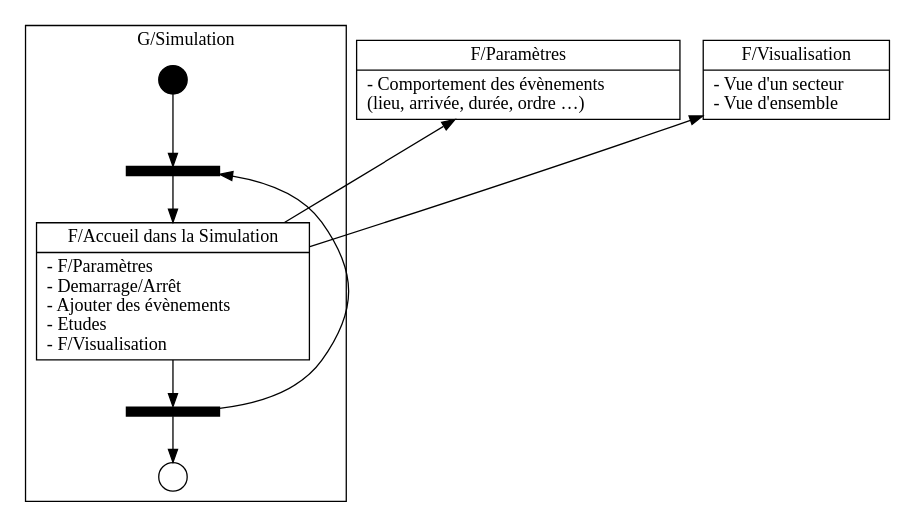
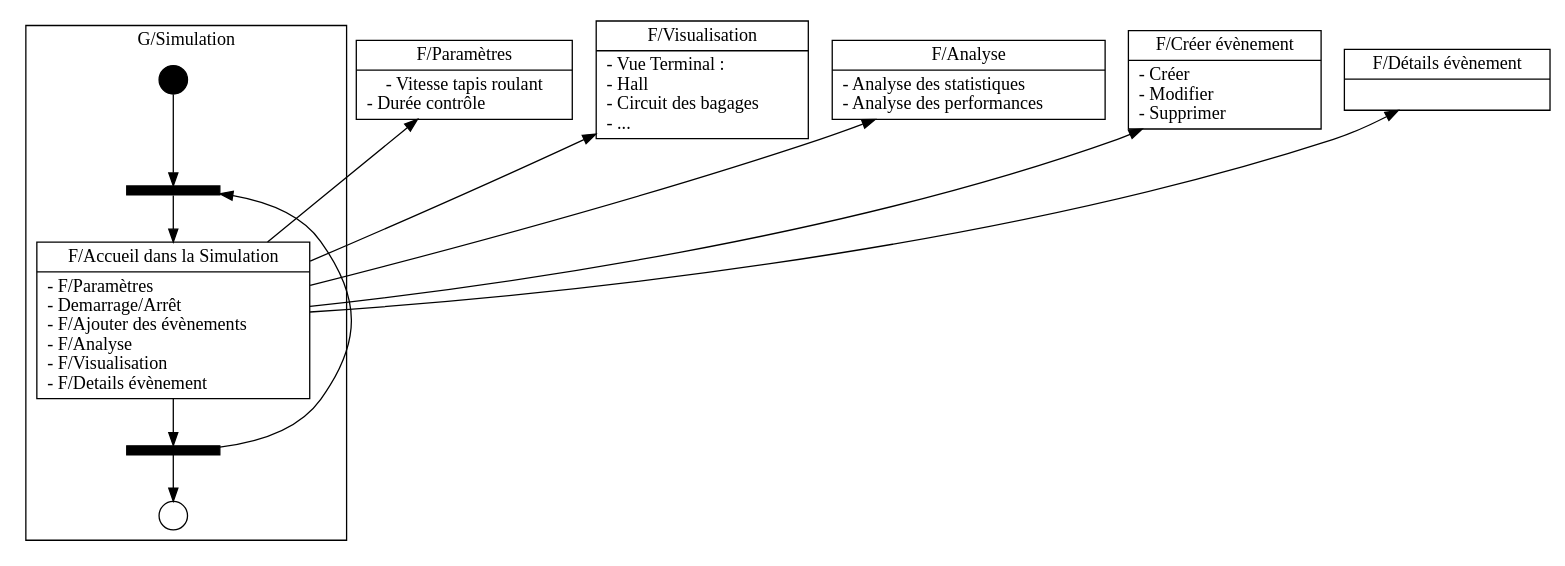
One commit to modSquad/ihm changed the diagram in DEF/src/img/Simulation-full.dot. Above: the diagram before and after it, drawn with Graphviz. The commit also changed 15 other files, not shown here.

```diff
--- a/DEF/src/img/Simulation-full.dot
+++ b/DEF/src/img/Simulation-full.dot
@@ -1,77 +1,92 @@
 digraph {
 	
 	fontname = "Bitstream Vera Sans"
 	
 	node [
 		fontname = "Bitstream Vera Sans"
 		shape = "record"
 	]
 	
 	edge [
 		fontname = "Bitstream Vera Sans"
 	]
 
 	subgraph clusterSimulation {
 		label = "G/Simulation"
 		
 		begin [
 			label = ""
 			shape = circle
 			style = filled
 			fillcolor = "#000000"
 			fixedsize = true
 			width = 0.3
 		]
 
 		end [
 			label = ""
 			shape = circle
 			fixedsize = true
 			width = 0.3
 		]
 				
 		up [
 			label = ""
 			shape = rectangle
 			style = filled
 			fillcolor = "#000000"
 			fixedsize = true
 			width = 1
 			height = 0.1
 		]
 	
 		down [
 			label = ""
 			shape = rectangle
 			style = filled
 			fillcolor = "#000000"
 			fixedsize = true
 			width = 1
 			height = 0.1
 		]
 		
 		AccueilSimulation [
-			label = "{F/Accueil dans la Simulation|- F/Paramètres\l- Demarrage/Arrêt\l- Ajouter des évènements\l- Etudes\l- F/Visualisation\l}"
+			label = "{F/Accueil dans la Simulation|- F/Paramètres\l- Demarrage/Arrêt\l- F/Ajouter des évènements\l- F/Analyse\l- F/Visualisation\l- F/Details évènement\l}"
 		]
 		
 	}
 
 	Paramètres [
-		label = "{F/Paramètres|- Comportement des évènements\l	(lieu, arrivée, durée, ordre …)\l}"
+		label = "{F/Paramètres|- Vitesse tapis roulant\n- Durée contrôle\l}"
 	]
 	
 	Visualisation [
-		label = "{F/Visualisation|- Vue d'un secteur\l- Vue d'ensemble\l}"
+		label = "{F/Visualisation|- Vue Terminal :\l	- Hall\l	- Circuit des bagages\l	- ...\l}"
+	]
+
+	Analyse [
+		label = "{F/Analyse|- Analyse des statistiques\l- Analyse des performances\l}"
+	]
+
+	CreerEvt [
+		label = "{F/Créer évènement|- Créer\l- Modifier\l- Supprimer\l}"
+	]
+
+	DetailsEvt [
+		label = "{F/Détails évènement|\l}"
 	]
 
 	begin -> up
 	
 	up -> AccueilSimulation -> down
 	
 	AccueilSimulation -> Paramètres [ constraint = false ]
 	AccueilSimulation -> Visualisation [ constraint = false ]
+	AccueilSimulation -> Analyse [ constraint = false ]
+	AccueilSimulation -> CreerEvt [ constraint = false ]
+	AccueilSimulation -> DetailsEvt [ constraint = false ]
 	
 	down -> up [ constraint = false ]
 	down -> end
 	
 }
```
